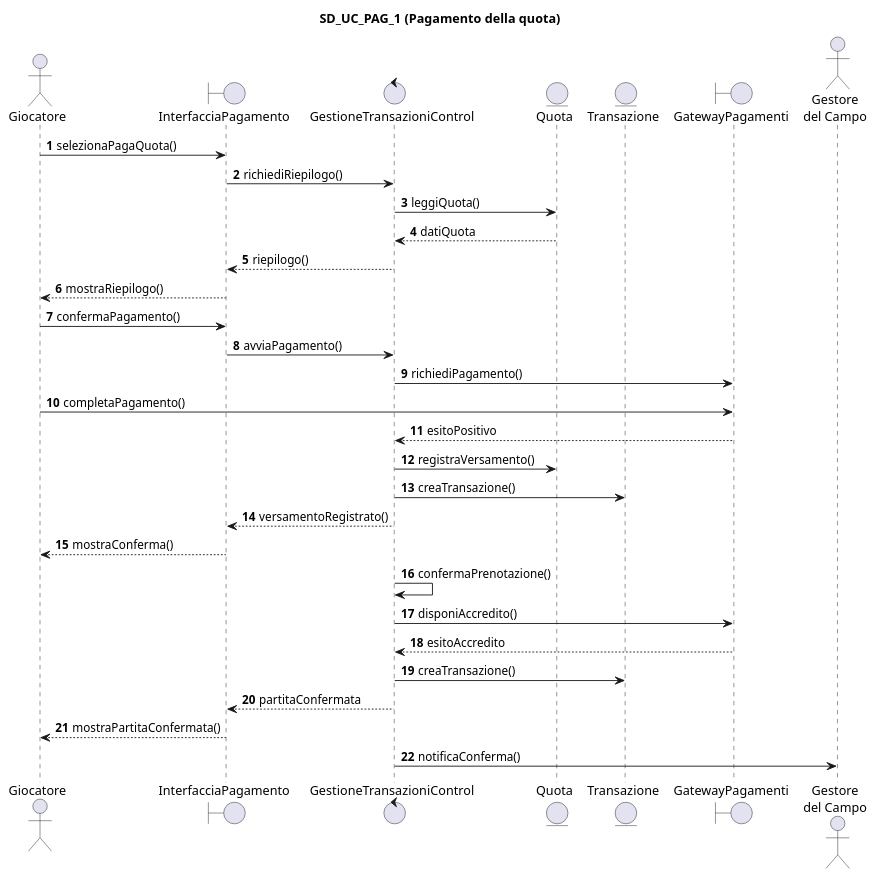
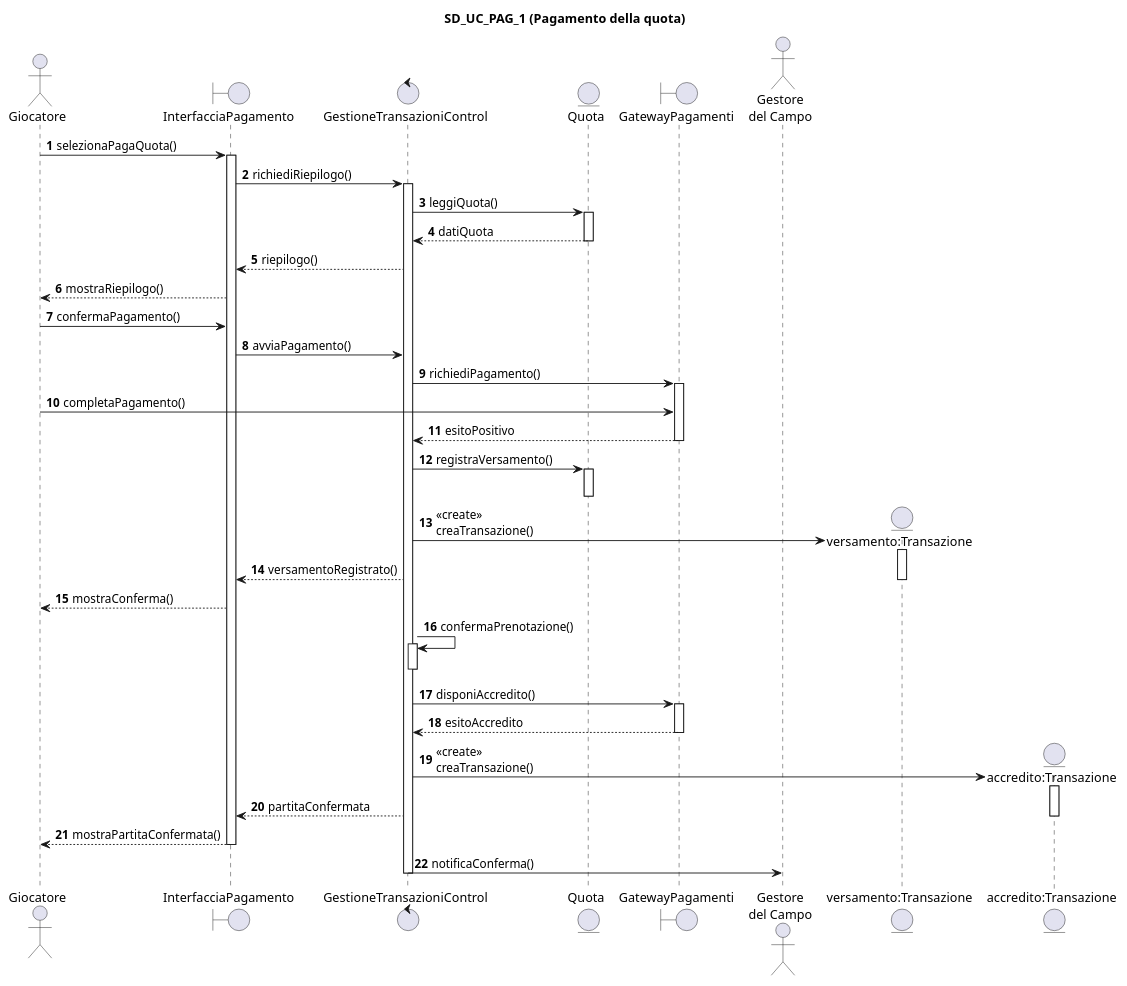
Before and after one commit to UnisaKickly/kickly: the diagram in docs/modelli/seq_pagamento_quota.puml, drawn with PlantUML. The commit also changed other lines of this file and 2 other files, not shown here.

Commit message:
docs: KCK-206 correzione sequence diagram secondo la checklist RAD
SD_UC_ACC_1: control al terzo posto, Account e Giocatore in un solo oggetto
creato con <<create>>. SD_UC_PAG_1: le due Transazioni create al momento.
Box di attivazione in tutti e tre i diagrammi.

```diff
--- a/docs/modelli/seq_pagamento_quota.puml
+++ b/docs/modelli/seq_pagamento_quota.puml
@@ -7,41 +11,60 @@
 @startuml SD_UC_PAG_1
 title SD_UC_PAG_1 (Pagamento della quota)
 autonumber
 skinparam sequenceMessageAlign left
 
 actor Giocatore
 boundary InterfacciaPagamento
 control GestioneTransazioniControl
 entity Quota
-entity Transazione
 boundary GatewayPagamenti
 actor "Gestore\ndel Campo" as GestoreDelCampo
 
 ' Riepilogo della quota da versare
 Giocatore -> InterfacciaPagamento : selezionaPagaQuota()
+activate InterfacciaPagamento
 InterfacciaPagamento -> GestioneTransazioniControl : richiediRiepilogo()
+activate GestioneTransazioniControl
 GestioneTransazioniControl -> Quota : leggiQuota()
+activate Quota
 Quota --> GestioneTransazioniControl : datiQuota
+deactivate Quota
 GestioneTransazioniControl --> InterfacciaPagamento : riepilogo()
 InterfacciaPagamento --> Giocatore : mostraRiepilogo()
 
 ' Pagamento tramite il gateway e registrazione del versamento
 Giocatore -> InterfacciaPagamento : confermaPagamento()
 InterfacciaPagamento -> GestioneTransazioniControl : avviaPagamento()
 GestioneTransazioniControl -> GatewayPagamenti : richiediPagamento()
+activate GatewayPagamenti
 Giocatore -> GatewayPagamenti : completaPagamento()
 GatewayPagamenti --> GestioneTransazioniControl : esitoPositivo
+deactivate GatewayPagamenti
 GestioneTransazioniControl -> Quota : registraVersamento()
-GestioneTransazioniControl -> Transazione : creaTransazione()
+activate Quota
+deactivate Quota
+create entity "versamento:Transazione" as Versamento
+GestioneTransazioniControl -> Versamento : <<create>>\ncreaTransazione()
+activate Versamento
 GestioneTransazioniControl --> InterfacciaPagamento : versamentoRegistrato()
+deactivate Versamento
 InterfacciaPagamento --> Giocatore : mostraConferma()
 
 ' Conferma della prenotazione, accredito al gestore e notifica
 GestioneTransazioniControl -> GestioneTransazioniControl : confermaPrenotazione()
+activate GestioneTransazioniControl
+deactivate GestioneTransazioniControl
 GestioneTransazioniControl -> GatewayPagamenti : disponiAccredito()
+activate GatewayPagamenti
 GatewayPagamenti --> GestioneTransazioniControl : esitoAccredito
-GestioneTransazioniControl -> Transazione : creaTransazione()
+deactivate GatewayPagamenti
+create entity "accredito:Transazione" as Accredito
+GestioneTransazioniControl -> Accredito : <<create>>\ncreaTransazione()
+activate Accredito
 GestioneTransazioniControl --> InterfacciaPagamento : partitaConfermata
+deactivate Accredito
 InterfacciaPagamento --> Giocatore : mostraPartitaConfermata()
+deactivate InterfacciaPagamento
 GestioneTransazioniControl -> GestoreDelCampo : notificaConferma()
+deactivate GestioneTransazioniControl
 @enduml
```
